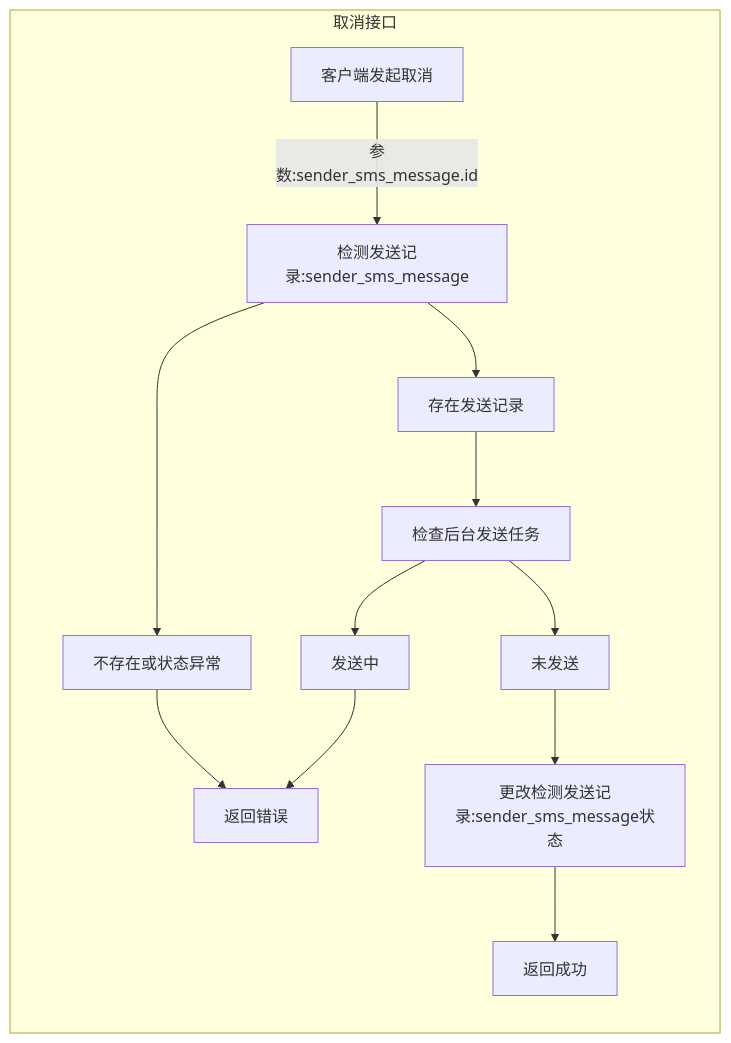
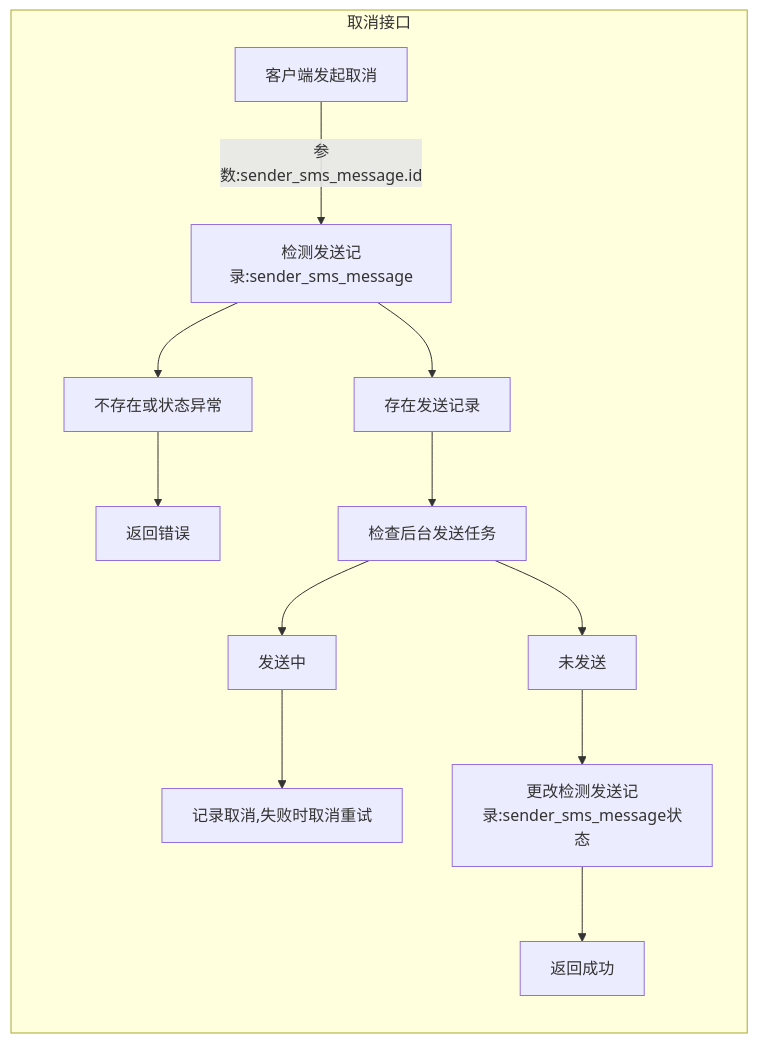
One commit to shanliu/lsys changed the second of 3 diagrams in server/lsys-sender/src/dao/sender_smser/README.MD. Above: the diagram before and after it, drawn with Mermaid. The commit also changed other lines of this file and 156 other files, not shown here.

````diff
--- a/server/lsys-sender/src/dao/sender_smser/README.MD
+++ b/server/lsys-sender/src/dao/sender_smser/README.MD
@@ -30,9 +30,9 @@
 ```mermaid
 flowchart LR
     subgraph cancel[取消接口]
         客户端发起取消 -- 参数:sender_sms_message.id --> 检测发送记录:sender_sms_message
         检测发送记录:sender_sms_message --> 不存在或状态异常--> 返回错误
-        检测发送记录:sender_sms_message --> 存在发送记录 --> 检查后台发送任务 --> 发送中 --> 返回错误
+        检测发送记录:sender_sms_message --> 存在发送记录 --> 检查后台发送任务 --> 发送中 --> 记录取消,失败时取消重试
         检查后台发送任务 --> 未发送 --> 更改检测发送记录:sender_sms_message状态 --> 返回成功
     end
 ```
````
